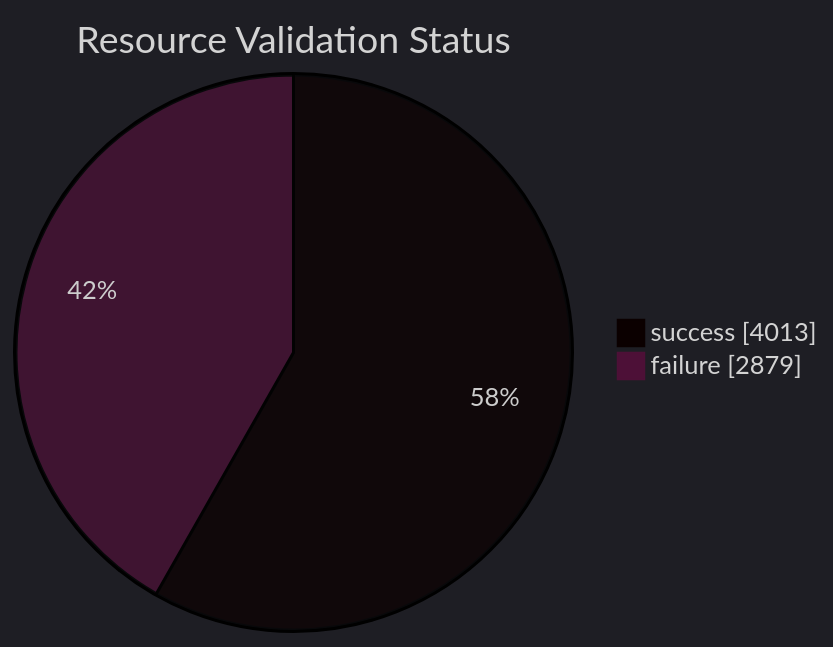
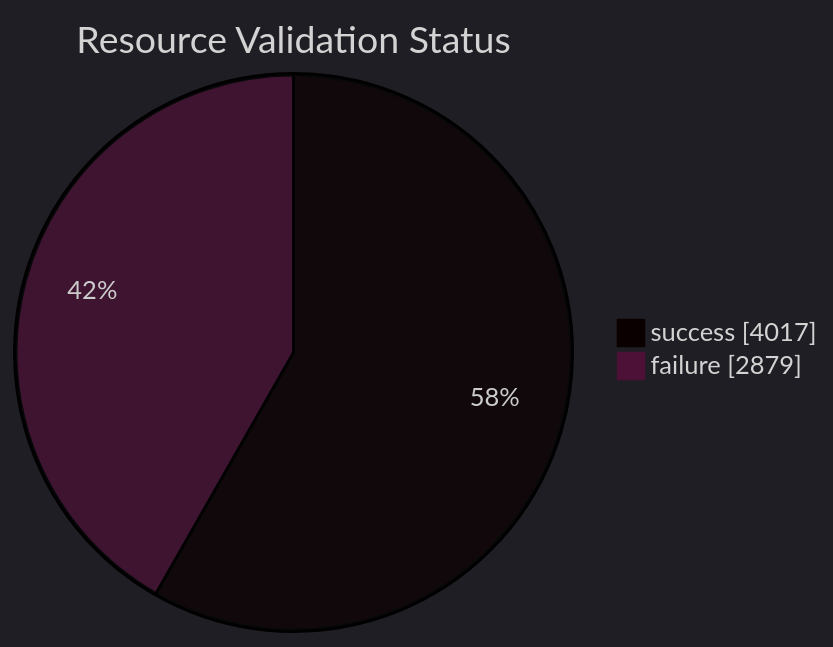
The diagram in datastore_tracker/resource_validation_status_pie_chart.md (open-data/analytics-corporate-reporting), drawn with Mermaid before and after one commit. The commit also changed 10 other files, not shown here.

````diff
--- a/datastore_tracker/resource_validation_status_pie_chart.md
+++ b/datastore_tracker/resource_validation_status_pie_chart.md
@@ -2,9 +2,9 @@
 ```mermaid
 ---
 config:
   theme: dark
 ---
 pie showData title Resource Validation Status
-    "success": 4013
+    "success": 4017
     "failure": 2879
 ```
````
